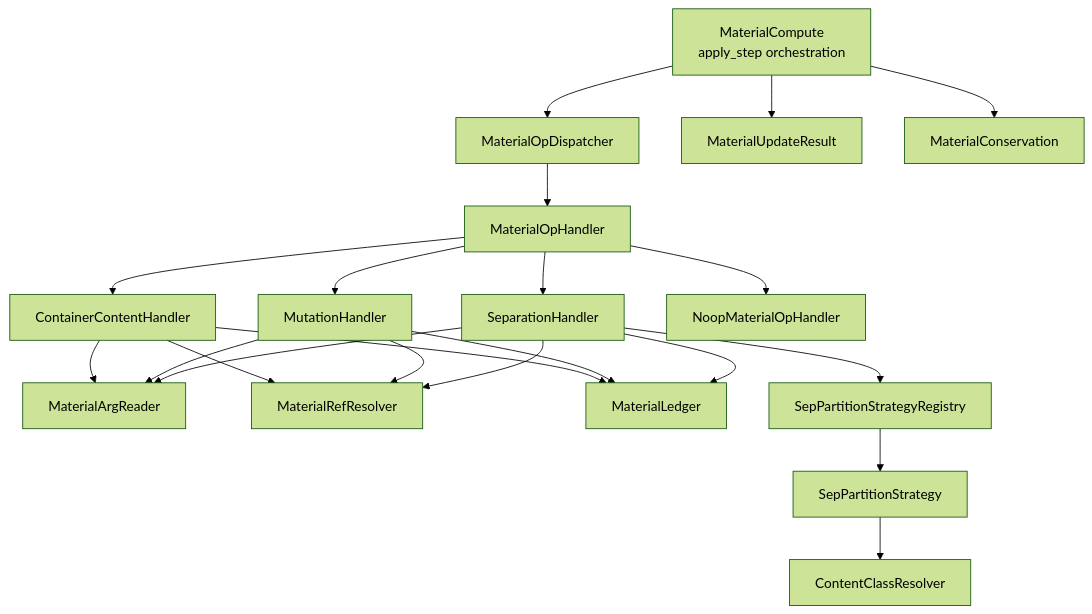
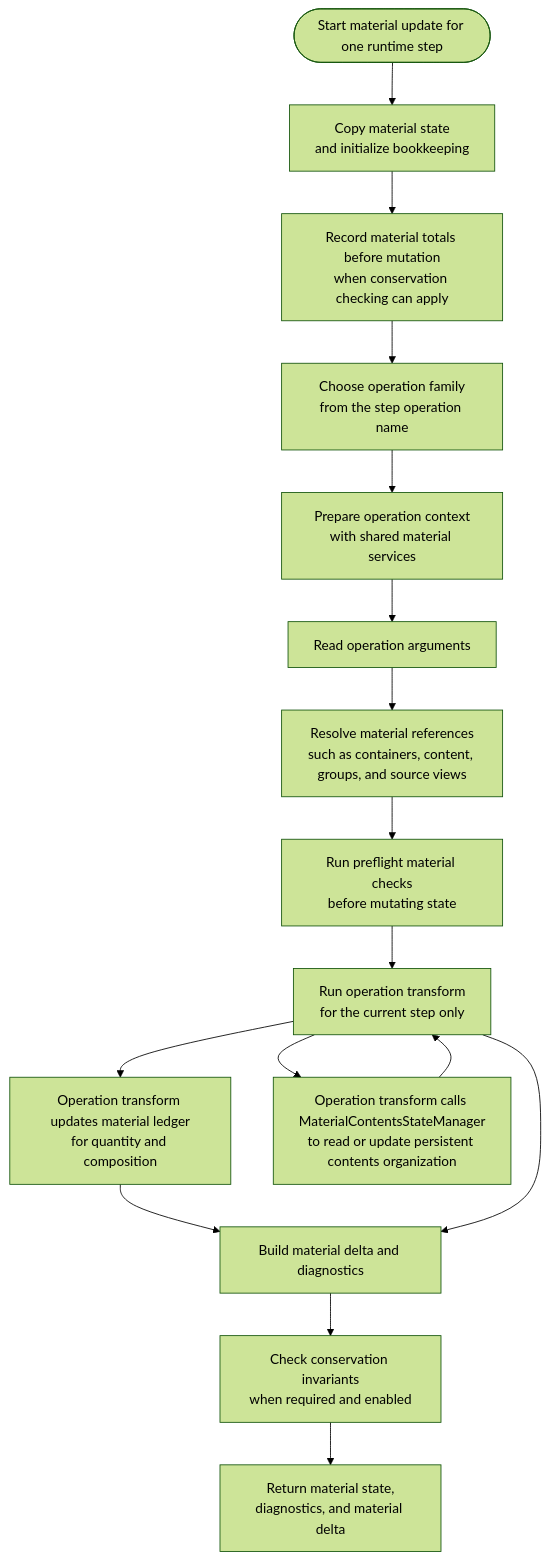
The second of 8 diagrams in docs/architecture/material_compute_module_diagrams.md (culsma/culsma), drawn with Mermaid (forest theme) before and after one commit. The commit also changed other lines of this file and 25 other files, not shown here.

Commit message:
refactor(material): split material services and state manager

````diff
--- a/docs/architecture/material_compute_module_diagrams.md
+++ b/docs/architecture/material_compute_module_diagrams.md
@@ -80,33 +72,33 @@
 ```mermaid
 flowchart TB
-    Apply["MaterialCompute<br/>apply_step orchestration"]
-    Dispatcher["MaterialOpDispatcher"]
-    BaseHandler["MaterialOpHandler"]
+    Start(["Start material update for one runtime step"])
+    Copy["Copy material state<br/>and initialize bookkeeping"]
+    TotalsBefore["Record material totals before mutation<br/>when conservation checking can apply"]
+    Dispatch["Choose operation family<br/>from the step operation name"]
+    Prepare["Prepare operation context<br/>with shared material services"]
+    Args["Read operation arguments"]
+    Refs["Resolve material references<br/>such as containers, content, groups, and source views"]
+    Guard["Run preflight material checks<br/>before mutating state"]
+    Transform["Run operation transform<br/>for the current step only"]
+    Ledger["Operation transform updates material ledger<br/>for quantity and composition"]
+    StateService["Operation transform calls MaterialContentsStateManager<br/>to read or update persistent contents organization"]
+    Delta["Build material delta and diagnostics"]
+    Conservation["Check conservation invariants<br/>when required and enabled"]
+    Return["Return material state,<br/>diagnostics, and material delta"]
 
-    Apply --> Dispatcher
-    Dispatcher --> BaseHandler
-
-    Apply --> Result["MaterialUpdateResult"]
-    Apply --> Conservation["MaterialConservation"]
-
-    BaseHandler --> ContainerHandler["ContainerContentHandler"]
-    BaseHandler --> MutationHandler["MutationHandler"]
-    BaseHandler --> SeparationHandler["SeparationHandler"]
-    BaseHandler --> NoopHandler["NoopMaterialOpHandler"]
-
-    ContainerHandler --> Args["MaterialArgReader"]
-    MutationHandler --> Args
-    SeparationHandler --> Args
-
-    ContainerHandler --> Refs["MaterialRefResolver"]
-    MutationHandler --> Refs
-    SeparationHandler --> Refs
-
-    ContainerHandler --> Ledger["MaterialLedger"]
-    MutationHandler --> Ledger
-    SeparationHandler --> Ledger
-
-    SeparationHandler --> Partition["SepPartitionStrategyRegistry"]
-    Partition --> Strategy["SepPartitionStrategy"]
-    Strategy --> Classes["ContentClassResolver"]
+    Start --> Copy
+    Copy --> TotalsBefore
+    TotalsBefore --> Dispatch
+    Dispatch --> Prepare
+    Prepare --> Args
+    Args --> Refs
+    Refs --> Guard
+    Guard --> Transform
+    Transform --> Ledger
+    Transform --> StateService
+    StateService --> Transform
+    Ledger --> Delta
+    Transform --> Delta
+    Delta --> Conservation
+    Conservation --> Return
 ```
````
